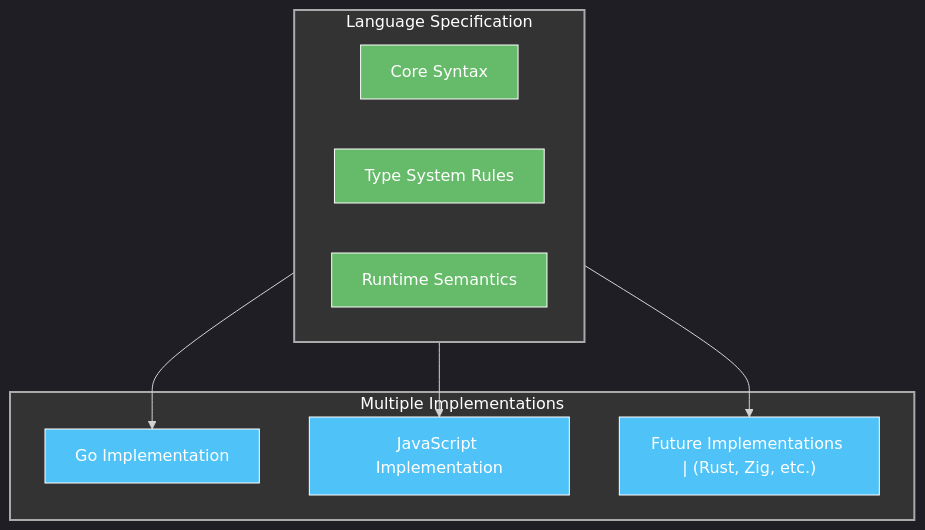
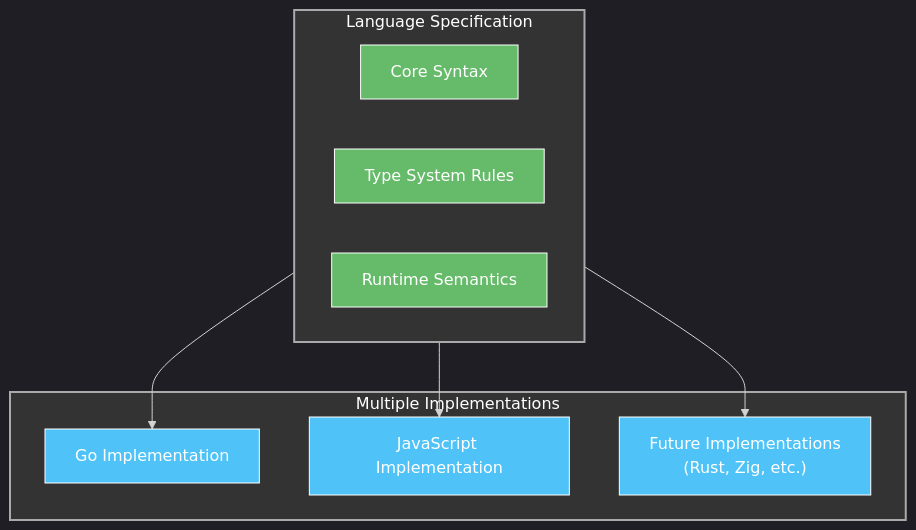
The third of 3 diagrams in 03 TypeScripts Evolution.md (houstonhaynes/AD4SDocs), drawn with Mermaid before and after one commit. The commit also changed other lines of this file and 5 other files, not shown here.

Commit message:
fix mermaid part two

````diff
--- a/03 TypeScripts Evolution.md
+++ b/03 TypeScripts Evolution.md
@@ -181,28 +181,28 @@
 ```mermaid
 %%{init: {'theme': 'dark', 'themeVariables': { 'primaryColor': '#242424', 'primaryTextColor': '#fff', 'primaryBorderColor': '#888', 'lineColor': '#d3d3d3', 'secondaryColor': '#2b2b2b', 'tertiaryColor': '#333' }}}%%
 flowchart TD
     subgraph LanguageSpec["Language Specification"]
         CoreSyntax["Core Syntax"]
         TypeRules["Type System Rules"]
         Semantics["Runtime Semantics"]
     end
     
     subgraph Implementations["Multiple Implementations"]
         GoImpl["Go Implementation"]
         JSImpl["JavaScript Implementation"]
-        FutureImpl["Future Implementations | (Rust, Zig, etc.)"]
+        FutureImpl["Future Implementations<br>(Rust, Zig, etc.)"]
     end
     
     LanguageSpec --> GoImpl
     LanguageSpec --> JSImpl
     LanguageSpec --> FutureImpl
     
     style LanguageSpec fill:#333,stroke:#aaa,stroke-width:2px,color:#fff
     style Implementations fill:#333,stroke:#aaa,stroke-width:2px,color:#fff
     style CoreSyntax fill:#66BB6A,stroke:#fff,stroke-width:1px,color:#fff
     style TypeRules fill:#66BB6A,stroke:#fff,stroke-width:1px,color:#fff
     style Semantics fill:#66BB6A,stroke:#fff,stroke-width:1px,color:#fff
     style GoImpl fill:#4FC3F7,stroke:#fff,stroke-width:1px,color:#fff
     style JSImpl fill:#4FC3F7,stroke:#fff,stroke-width:1px,color:#fff
     style FutureImpl fill:#4FC3F7,stroke:#fff,stroke-width:1px,color:#fff
 ```
````
